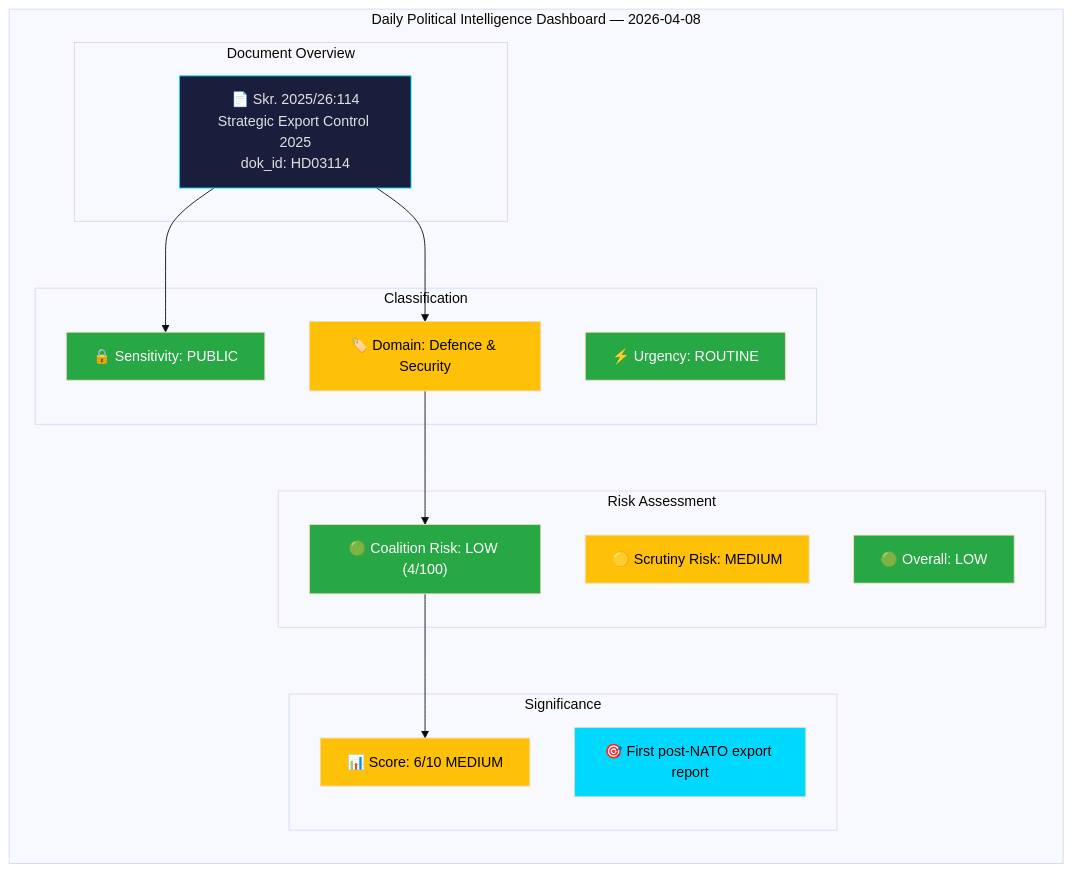
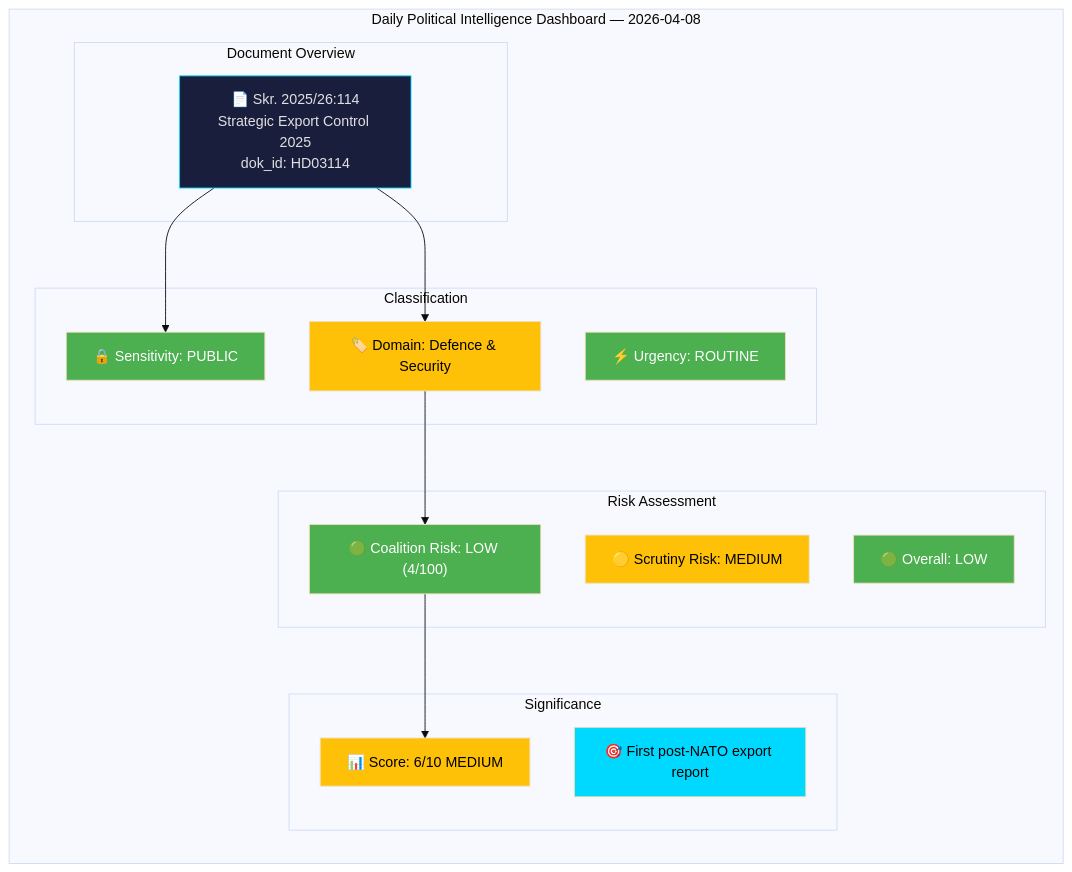
Before and after one commit to Hack23/riksdagsmonitor: the diagram in analysis/daily/2026-04-08/propositions/synthesis-summary.md, drawn with Mermaid (base theme). The commit also changed 785 other files, not shown here.

First line of the commit message:
Normalize mermaid colors across 786 analysis artifacts to ISMS Style Guide palette

````diff
--- a/analysis/daily/2026-04-08/propositions/synthesis-summary.md
+++ b/analysis/daily/2026-04-08/propositions/synthesis-summary.md
@@ -16,36 +16,36 @@
 ```mermaid
 graph TD
     subgraph "Daily Political Intelligence Dashboard — 2026-04-08"
         direction TB
         subgraph "Document Overview"
             D1["📄 Skr. 2025/26:114<br/>Strategic Export Control 2025<br/>dok_id: HD03114"]
         end
         subgraph "Classification"
             C1["🔒 Sensitivity: PUBLIC"]
             C2["🏷️ Domain: Defence & Security"]
             C3["⚡ Urgency: ROUTINE"]
         end
         subgraph "Risk Assessment"
             R1["🟢 Coalition Risk: LOW (4/100)"]
             R2["🟡 Scrutiny Risk: MEDIUM"]
             R3["🟢 Overall: LOW"]
         end
         subgraph "Significance"
             S1["📊 Score: 6/10 MEDIUM"]
             S2["🎯 First post-NATO export report"]
         end
         D1 --> C1
         D1 --> C2
         C2 --> R1
         R1 --> S1
     end
     style D1 fill:#1a1e3d,color:#e0e0e0,stroke:#00d9ff
-    style C1 fill:#28a745,color:#fff
-    style C2 fill:#ffc107,color:#000
-    style C3 fill:#28a745,color:#fff
-    style R1 fill:#28a745,color:#fff
-    style R2 fill:#ffc107,color:#000
-    style R3 fill:#28a745,color:#fff
-    style S1 fill:#ffc107,color:#000
-    style S2 fill:#00d9ff,color:#000
+    style C1 fill:#4CAF50,color:#FFFFFF
+    style C2 fill:#FFC107,color:#000000
+    style C3 fill:#4CAF50,color:#FFFFFF
+    style R1 fill:#4CAF50,color:#FFFFFF
+    style R2 fill:#FFC107,color:#000000
+    style R3 fill:#4CAF50,color:#FFFFFF
+    style S1 fill:#FFC107,color:#000000
+    style S2 fill:#00d9ff,color:#000000
 ```
````
